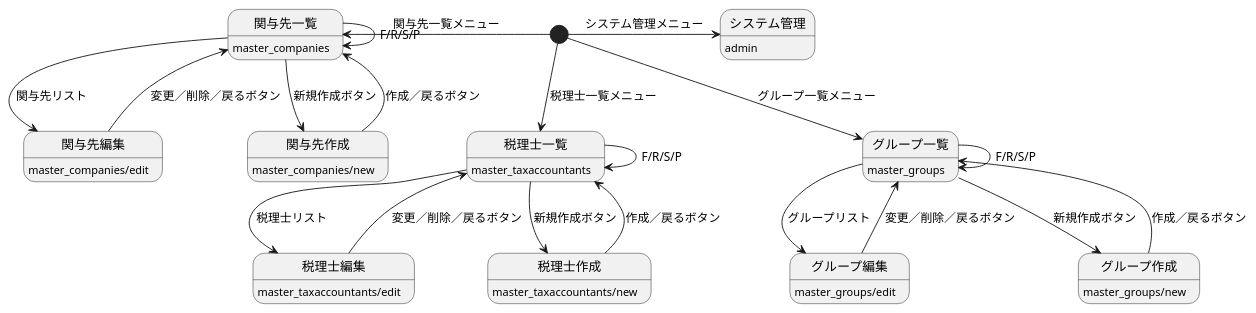
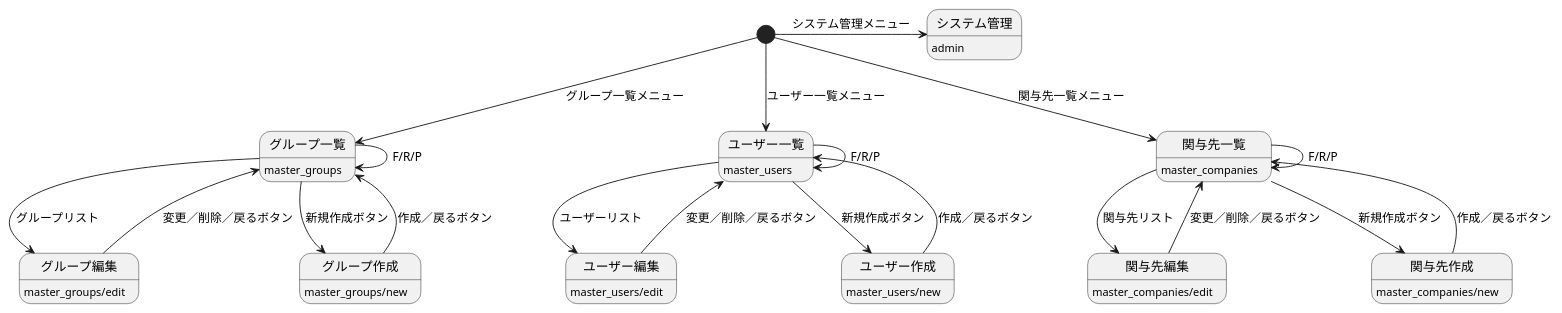
One commit to cedge1michi/tass_mock-frontend changed the diagram in docs/settings.pu. Above: the diagram before and after it, drawn with PlantUML. The commit also changed 26 other files, not shown here.

```diff
--- a/docs/settings.pu
+++ b/docs/settings.pu
@@ -1,47 +1,47 @@
 @startuml 設定
-[*] -left-> 関与先一覧: 関与先一覧メニュー
-
-関与先一覧 --> 関与先編集: 関与先リスト
-関与先編集 --> 関与先一覧: 変更／削除／戻るボタン
-
-関与先一覧 --> 関与先作成: 新規作成ボタン
-関与先作成 --> 関与先一覧: 作成／戻るボタン
-
-関与先一覧 --> 関与先一覧: F/R/S/P
-
-関与先一覧: master_companies
-関与先作成: master_companies/new
-関与先編集: master_companies/edit
-
-[*] --> 税理士一覧: 税理士一覧メニュー
-
-税理士一覧 --> 税理士編集: 税理士リスト
-税理士編集 --> 税理士一覧: 変更／削除／戻るボタン
-
-税理士一覧 --> 税理士作成: 新規作成ボタン
-税理士作成 --> 税理士一覧: 作成／戻るボタン
-
-税理士一覧 --> 税理士一覧: F/R/S/P
-
-税理士一覧: master_taxaccountants
-税理士作成: master_taxaccountants/new
-税理士編集: master_taxaccountants/edit
-
 [*] --> グループ一覧: グループ一覧メニュー
 
 グループ一覧 --> グループ編集: グループリスト
 グループ編集 --> グループ一覧: 変更／削除／戻るボタン
 
 グループ一覧 --> グループ作成: 新規作成ボタン
 グループ作成 --> グループ一覧: 作成／戻るボタン
 
-グループ一覧 --> グループ一覧: F/R/S/P
+グループ一覧 --> グループ一覧: F/R/P
 
 グループ一覧: master_groups
 グループ作成: master_groups/new
 グループ編集: master_groups/edit
 
+[*] --> ユーザー一覧: ユーザー一覧メニュー
+
+ユーザー一覧 --> ユーザー編集: ユーザーリスト
+ユーザー編集 --> ユーザー一覧: 変更／削除／戻るボタン
+
+ユーザー一覧 --> ユーザー作成: 新規作成ボタン
+ユーザー作成 --> ユーザー一覧: 作成／戻るボタン
+
+ユーザー一覧 --> ユーザー一覧: F/R/P
+
+ユーザー一覧: master_users
+ユーザー作成: master_users/new
+ユーザー編集: master_users/edit
+
+[*] --> 関与先一覧: 関与先一覧メニュー
+
+関与先一覧 --> 関与先編集: 関与先リスト
+関与先編集 --> 関与先一覧: 変更／削除／戻るボタン
+
+関与先一覧 --> 関与先作成: 新規作成ボタン
+関与先作成 --> 関与先一覧: 作成／戻るボタン
+
+関与先一覧 --> 関与先一覧: F/R/P
+
+関与先一覧: master_companies
+関与先作成: master_companies/new
+関与先編集: master_companies/edit
+
 [*] -> システム管理: システム管理メニュー
 
 システム管理: admin
 @enduml
```
